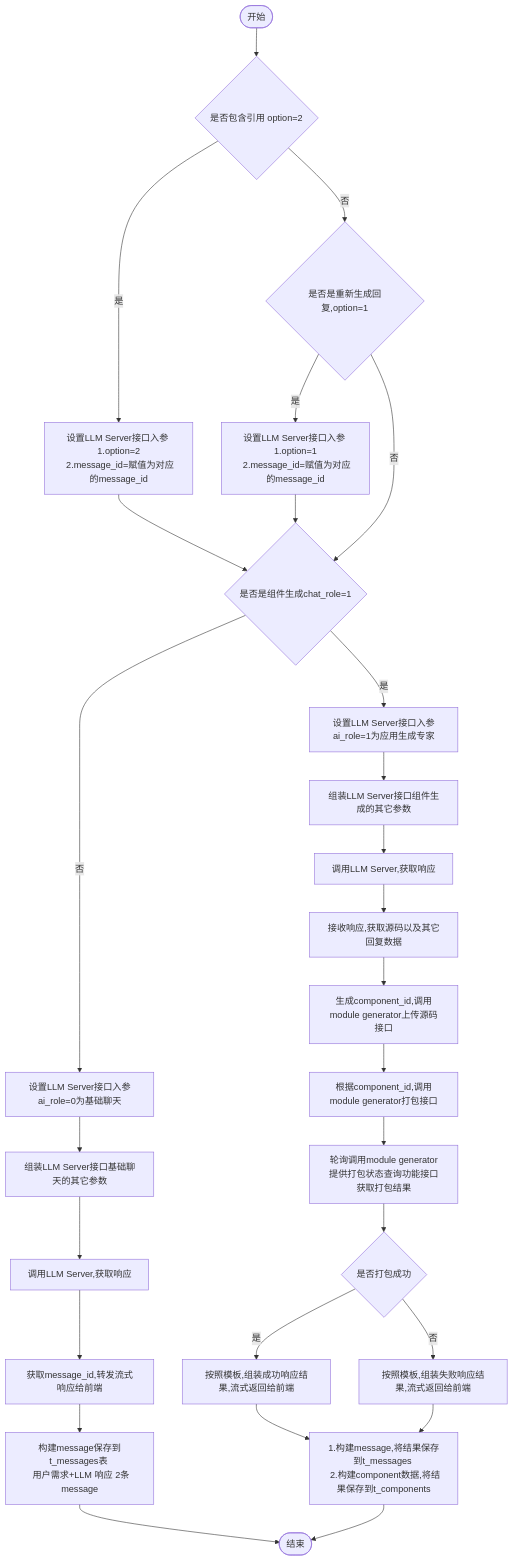
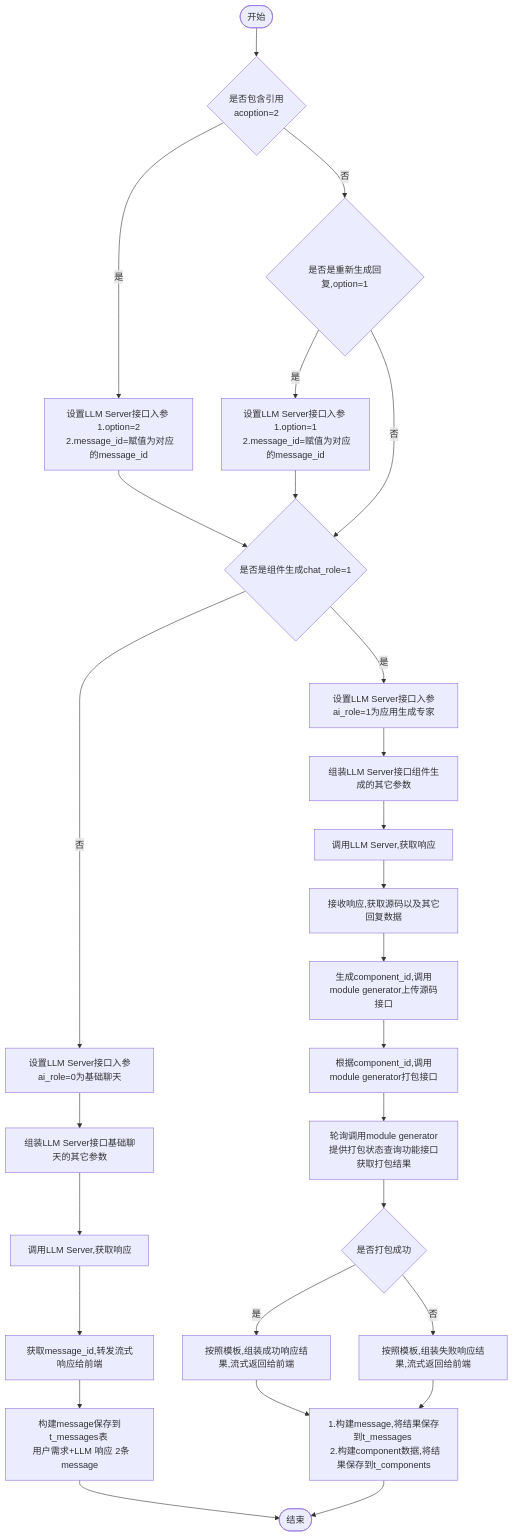
The diagram in all/w3-会话-不需要传递message.md (yingjianzh/iodraw-files), drawn with Mermaid before and after one commit.

Commit message:
2024-10-15 14:16:41 update

````diff
--- a/all/w3-会话-不需要传递message.md
+++ b/all/w3-会话-不需要传递message.md
@@ -1,33 +1,33 @@
 ```mermaid
 flowchart TD
-    A([开始]) --> D{是否包含引用 option=2}
+    A([开始]) --> D{是否包含引用 \n acoption=2}
     D -- 是 --> E[设置LLM Server接口入参 \n 1.option=2 \n 2.message_id=赋值为对应的message_id]
     D -- 否 --> F{是否是重新生成回复,option=1}
     F -- 是 --> G[设置LLM Server接口入参 \n 1.option=1 \n 2.message_id=赋值为对应的message_id]
     F -- 否 --> I
      
     E & G --> I{是否是组件生成chat_role=1}
     I -- 否 --> K[设置LLM Server接口入参ai_role=0为基础聊天]
     I -- 是 --> J[设置LLM Server接口入参ai_role=1为应用生成专家]
     
 
     J --> L[组装LLM Server接口组件生成的其它参数]    
     K --> M[组装LLM Server接口基础聊天的其它参数]    
     M --> N[调用LLM Server,获取响应]    
     N --> O[获取message_id,转发流式响应给前端]
     O --> P[构建message保存到t_messages表 \n 用户需求+LLM 响应 2条message]
     P --> R([结束])
 
 
     L --> S[调用LLM Server,获取响应]
     S --> T[接收响应,获取源码以及其它回复数据]
     T --> U[生成component_id,调用module generator上传源码接口]
     U --> V[根据component_id,调用module generator打包接口]
     V --> W[轮询调用module generator提供打包状态查询功能接口获取打包结果]
     W --> X{是否打包成功}
     X -- 是 --> Y[按照模板,组装成功响应结果,流式返回给前端]
     X -- 否 --> Z[按照模板,组装失败响应结果,流式返回给前端]
 
     Y & Z --> Result[1.构建message,将结果保存到t_messages \n 2.构建component数据,将结果保存到t_components]
     Result --> R
 ```
````
